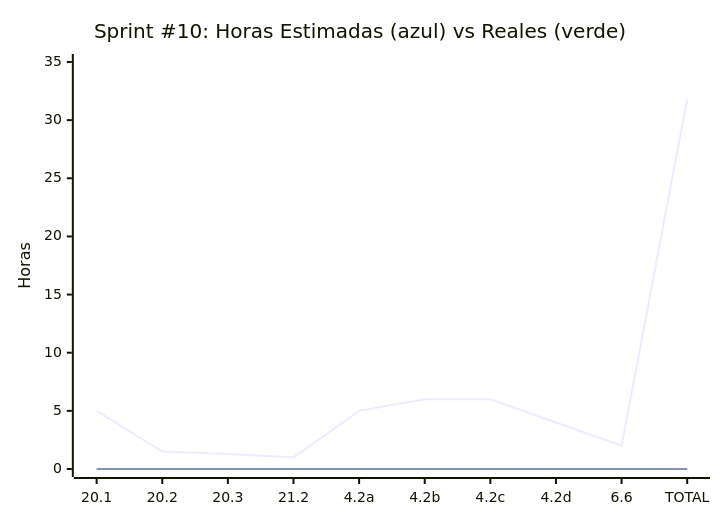
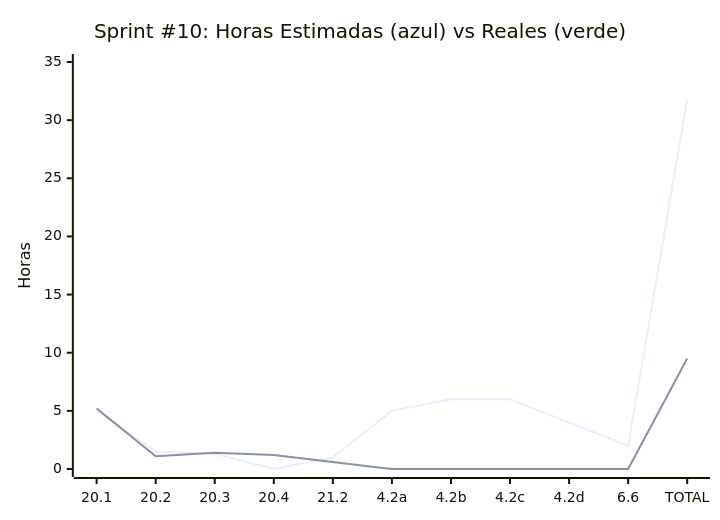
Before and after one commit to MarkMed/FleetMan: the tenth of 10 diagrams in docs/SprintsPlanning.md, drawn with Mermaid. The commit also changed other lines of this file and 1 other file, not shown here.

````diff
--- a/docs/SprintsPlanning.md
+++ b/docs/SprintsPlanning.md
@@ -480,8 +481,8 @@
 ```mermaid
 xychart-beta
     title "Sprint #10: Horas Estimadas (azul) vs Reales (verde)"
-    x-axis ["20.1", "20.2", "20.3", "21.2", "4.2a", "4.2b", "4.2c", "4.2d", "6.6", "TOTAL"]
+    x-axis ["20.1", "20.2", "20.3", "20.4", "21.2", "4.2a", "4.2b", "4.2c", "4.2d", "6.6", "TOTAL"]
     y-axis "Horas" 0 --> 35
-    line [5, 1.5, 1.3, 1, 5, 6, 6, 4, 2, 31.8]
-    line [0, 0, 0, 0, 0, 0, 0, 0, 0, 0]
+    line [5, 1.5, 1.3, 0, 1, 5, 6, 6, 4, 2, 31.8]
+    line [5.2, 1.1, 1.4, 1.2, 0.6, 0, 0, 0, 0, 0, 9.5]
 ```
````
